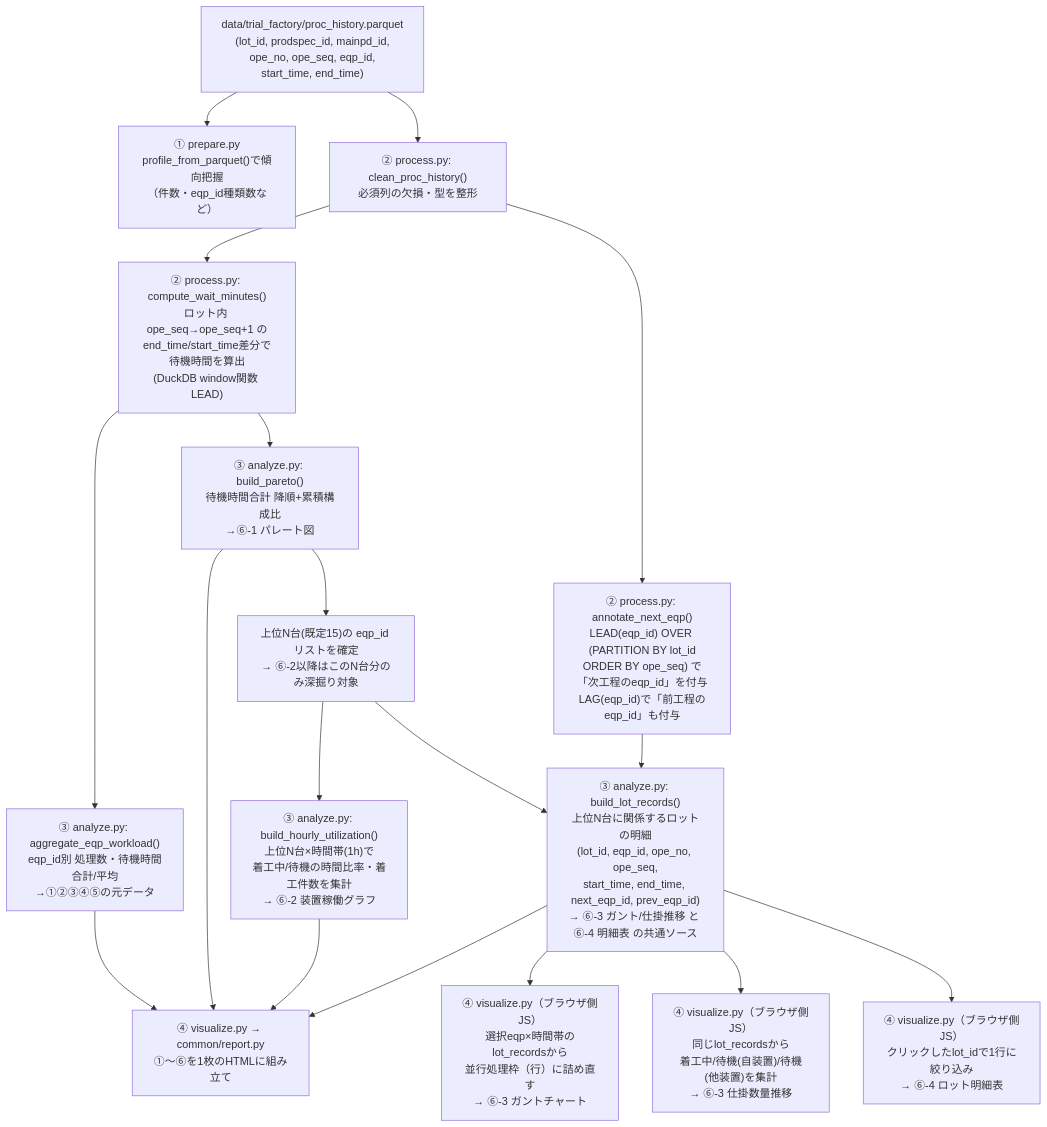
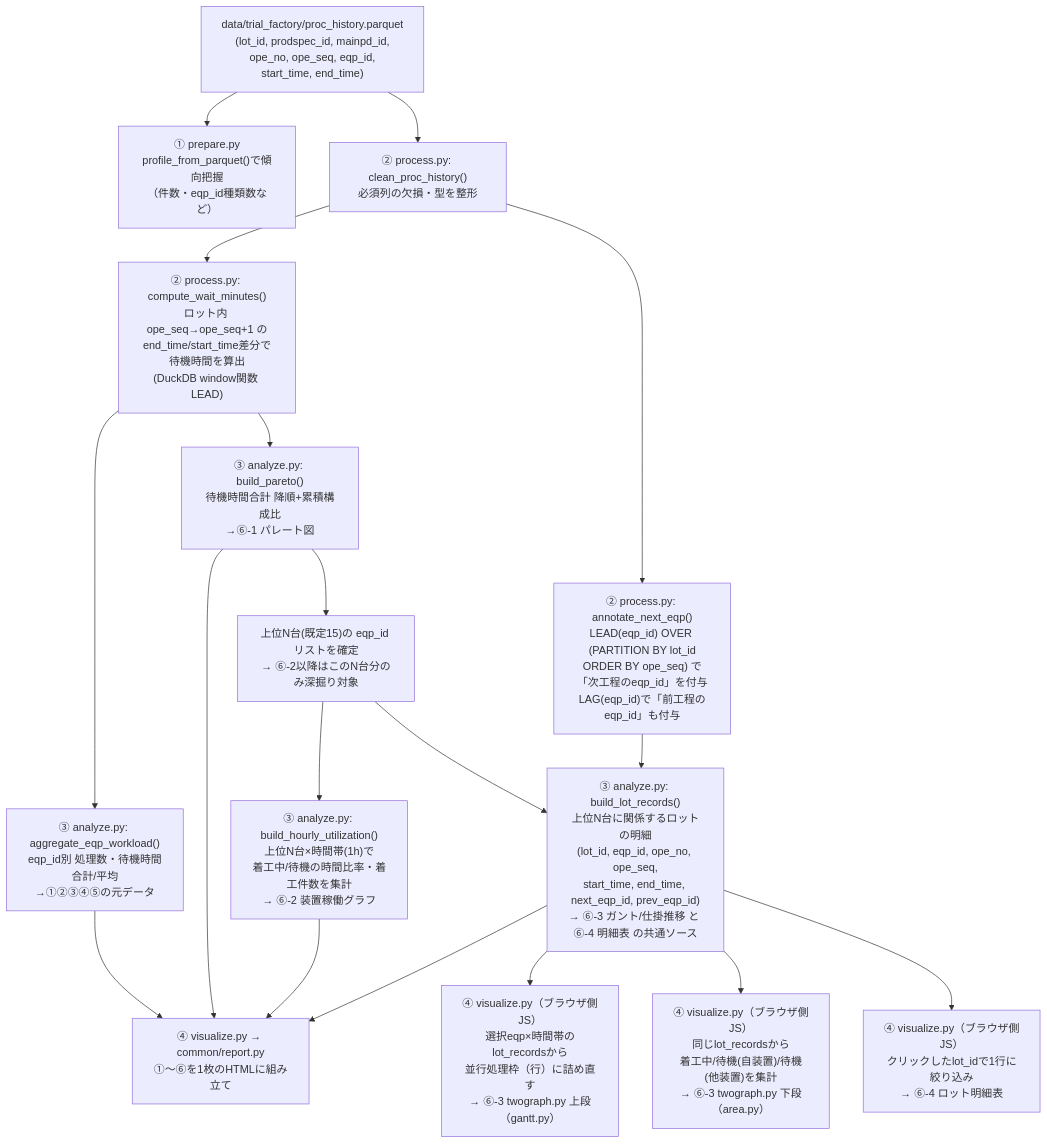
Before and after one commit to mukumuyi/AnalyseTool: the second of 2 diagrams in .steering/20260830-eqp-workload-analysis/design.md, drawn with Mermaid. The commit also changed other lines of this file, not shown here.

First line of the commit message:
Revise design.md chart module structure to a layered approach

````diff
--- a/.steering/20260830-eqp-workload-analysis/design.md
+++ b/.steering/20260830-eqp-workload-analysis/design.md
@@ -88,26 +135,26 @@
 ```mermaid
 flowchart TD
     P["data/trial_factory/proc_history.parquet<br/>(lot_id, prodspec_id, mainpd_id,<br/>ope_no, ope_seq, eqp_id,<br/>start_time, end_time)"]
 
     P --> Prepare["① prepare.py<br/>profile_from_parquet()で傾向把握<br/>（件数・eqp_id種類数など）"]
     P --> Clean["② process.py: clean_proc_history()<br/>必須列の欠損・型を整形"]
     Clean --> Wait["② process.py: compute_wait_minutes()<br/>ロット内 ope_seq→ope_seq+1 の<br/>end_time/start_time差分で待機時間を算出<br/>(DuckDB window関数 LEAD)"]
     Clean --> NextEqp["② process.py: annotate_next_eqp()<br/>LEAD(eqp_id) OVER (PARTITION BY lot_id<br/>ORDER BY ope_seq) で「次工程のeqp_id」を付与<br/>LAG(eqp_id)で「前工程のeqp_id」も付与"]
 
     Wait --> AggBar["③ analyze.py: aggregate_eqp_workload()<br/>eqp_id別 処理数・待機時間合計/平均<br/>→①②③④⑤の元データ"]
     Wait --> AggPareto["③ analyze.py: build_pareto()<br/>待機時間合計 降順+累積構成比<br/>→⑥-1 パレート図"]
     AggPareto --> TopN["上位N台(既定15)の eqp_id リストを確定<br/>→ ⑥-2以降はこのN台分のみ深掘り対象"]
 
     TopN --> Hourly["③ analyze.py: build_hourly_utilization()<br/>上位N台×時間帯(1h)で<br/>着工中/待機の時間比率・着工件数を集計<br/>→ ⑥-2 装置稼働グラフ"]
     TopN --> LotDetail["③ analyze.py: build_lot_records()<br/>上位N台に関係するロットの明細<br/>(lot_id, eqp_id, ope_no, ope_seq,<br/>start_time, end_time, next_eqp_id, prev_eqp_id)<br/>→ ⑥-3 ガント/仕掛推移 と ⑥-4 明細表 の共通ソース"]
     NextEqp --> LotDetail
 
-    LotDetail --> Gantt["④ visualize.py（ブラウザ側JS）<br/>選択eqp×時間帯のlot_recordsから<br/>並行処理枠（行）に詰め直す<br/>→ ⑥-3 ガントチャート"]
-    LotDetail --> Wip["④ visualize.py（ブラウザ側JS）<br/>同じlot_recordsから<br/>着工中/待機(自装置)/待機(他装置)を集計<br/>→ ⑥-3 仕掛数量推移"]
+    LotDetail --> Gantt["④ visualize.py（ブラウザ側JS）<br/>選択eqp×時間帯のlot_recordsから<br/>並行処理枠（行）に詰め直す<br/>→ ⑥-3 twograph.py 上段（gantt.py）"]
+    LotDetail --> Wip["④ visualize.py（ブラウザ側JS）<br/>同じlot_recordsから<br/>着工中/待機(自装置)/待機(他装置)を集計<br/>→ ⑥-3 twograph.py 下段（area.py）"]
     LotDetail --> Detail["④ visualize.py（ブラウザ側JS）<br/>クリックしたlot_idで1行に絞り込み<br/>→ ⑥-4 ロット明細表"]
 
     AggBar --> Report["④ visualize.py → common/report.py<br/>①〜⑥を1枚のHTMLに組み立て"]
     AggPareto --> Report
     Hourly --> Report
     LotDetail --> Report
 ```
````
